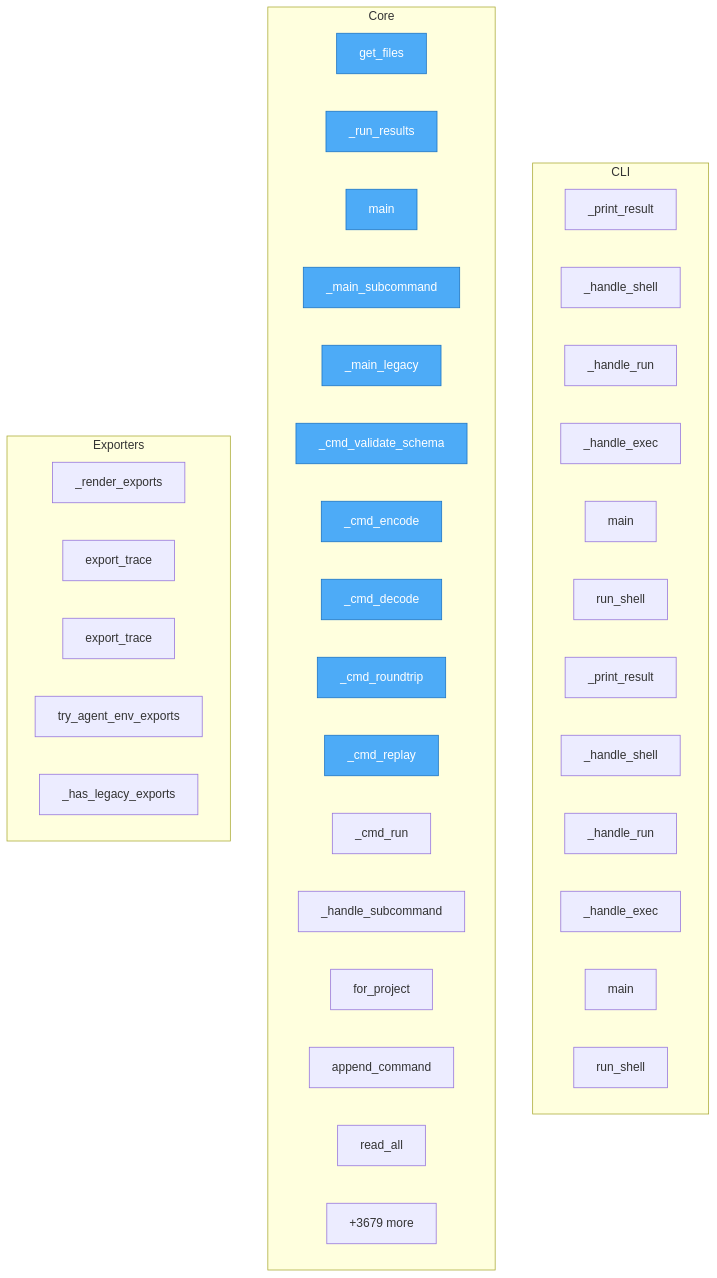
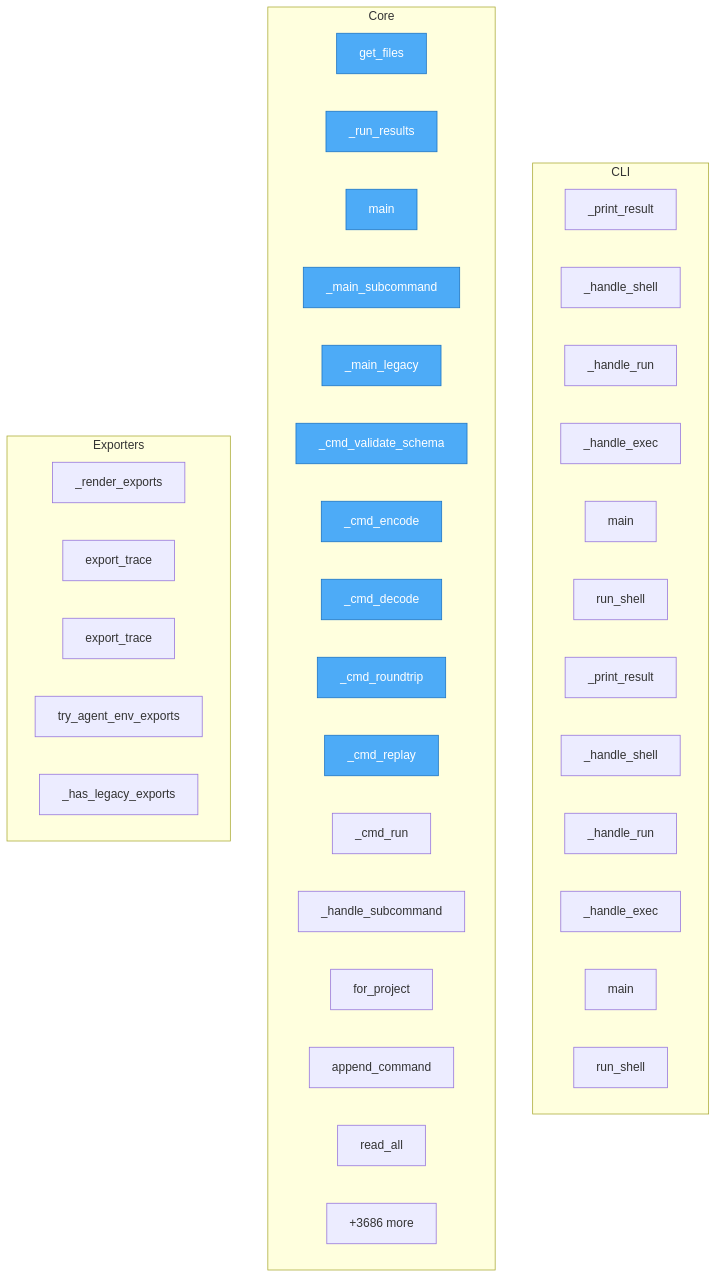
One commit to semcod/koru changed the diagram in project/flow.mmd. Above: the diagram before and after it, drawn with Mermaid. The commit also changed 30 other files, not shown here.

```diff
--- a/project/flow.mmd
+++ b/project/flow.mmd
@@ -1,49 +1,49 @@
 flowchart TD
-%% generated in 1.80s
+%% generated in 1.33s
 
     %% Entry points (blue)
     classDef entry fill:#4dabf7,stroke:#1971c2,color:#fff
 
     subgraph CLI
         packages__cli2koru__src__cli2koru__cli___print_result["_print_result"]
         packages__cli2koru__src__cli2koru__cli___handle_shell["_handle_shell"]
         packages__cli2koru__src__cli2koru__cli___handle_run["_handle_run"]
         packages__cli2koru__src__cli2koru__cli___handle_exec["_handle_exec"]
         packages__cli2koru__src__cli2koru__cli__main["main"]
         packages__cli2koru__src__cli2koru__shell__run_shell["run_shell"]
         packages__cli2coru__src__cli2coru__cli___print_result["_print_result"]
         packages__cli2coru__src__cli2coru__cli___handle_shell["_handle_shell"]
         packages__cli2coru__src__cli2coru__cli___handle_run["_handle_run"]
         packages__cli2coru__src__cli2coru__cli___handle_exec["_handle_exec"]
         packages__cli2coru__src__cli2coru__cli__main["main"]
         packages__cli2coru__src__cli2coru__shell__run_shell["run_shell"]
     end
 
     subgraph Core
         check_dups__get_files["get_files"]
         packages__dsl2koru__src__dsl2koru__cli___run_results["_run_results"]
         packages__dsl2koru__src__dsl2koru__cli__main["main"]
         packages__dsl2koru__src__dsl2koru__cli___main_subcommand["_main_subcommand"]
         packages__dsl2koru__src__dsl2koru__cli___main_legacy["_main_legacy"]
         packages__dsl2koru__src__dsl2koru__cli___cmd_validate_schema["_cmd_validate_schema"]
         packages__dsl2koru__src__dsl2koru__cli___cmd_encode["_cmd_encode"]
         packages__dsl2koru__src__dsl2koru__cli___cmd_decode["_cmd_decode"]
         packages__dsl2koru__src__dsl2koru__cli___cmd_roundtrip["_cmd_roundtrip"]
         packages__dsl2koru__src__dsl2koru__cli___cmd_replay["_cmd_replay"]
         packages__dsl2koru__src__dsl2koru__cli___cmd_run["_cmd_run"]
         packages__dsl2koru__src__dsl2koru__cli___handle_subcommand["_handle_subcommand"]
         packages__dsl2koru__src__dsl2koru__events__EventStore__for_project["for_project"]
         packages__dsl2koru__src__dsl2koru__events__EventStore__append_command["append_command"]
         packages__dsl2koru__src__dsl2koru__events__EventStore__read_all["read_all"]
-        ...["+3679 more"]
+        ...["+3686 more"]
     end
 
     subgraph Exporters
         packages__koruenv__src__koruenv__cli___render_exports["_render_exports"]
         packages__nlpshim__src__nlpshim__conversation_client__ConversationTestClient__export_trace["export_trace"]
         packages__nlpshim__src__nlpshim__conversation_test_api__export_trace["export_trace"]
         src__koru__agent_cli_helpers__try_agent_env_exports["try_agent_env_exports"]
         src__koru__cli___has_legacy_exports["_has_legacy_exports"]
     end
 
     class check_dups__get_files,packages__dsl2koru__src__dsl2koru__cli___run_results,packages__dsl2koru__src__dsl2koru__cli__main,packages__dsl2koru__src__dsl2koru__cli___main_subcommand,packages__dsl2koru__src__dsl2koru__cli___main_legacy,packages__dsl2koru__src__dsl2koru__cli___cmd_validate_schema,packages__dsl2koru__src__dsl2koru__cli___cmd_encode,packages__dsl2koru__src__dsl2koru__cli___cmd_decode,packages__dsl2koru__src__dsl2koru__cli___cmd_roundtrip,packages__dsl2koru__src__dsl2koru__cli___cmd_replay entry
```
